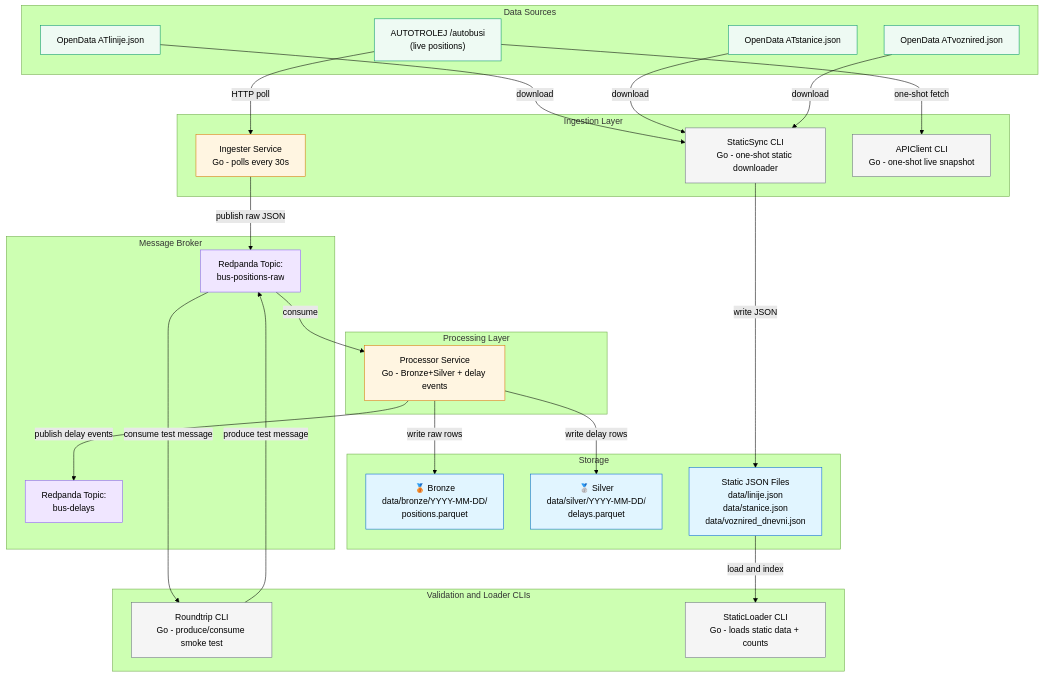
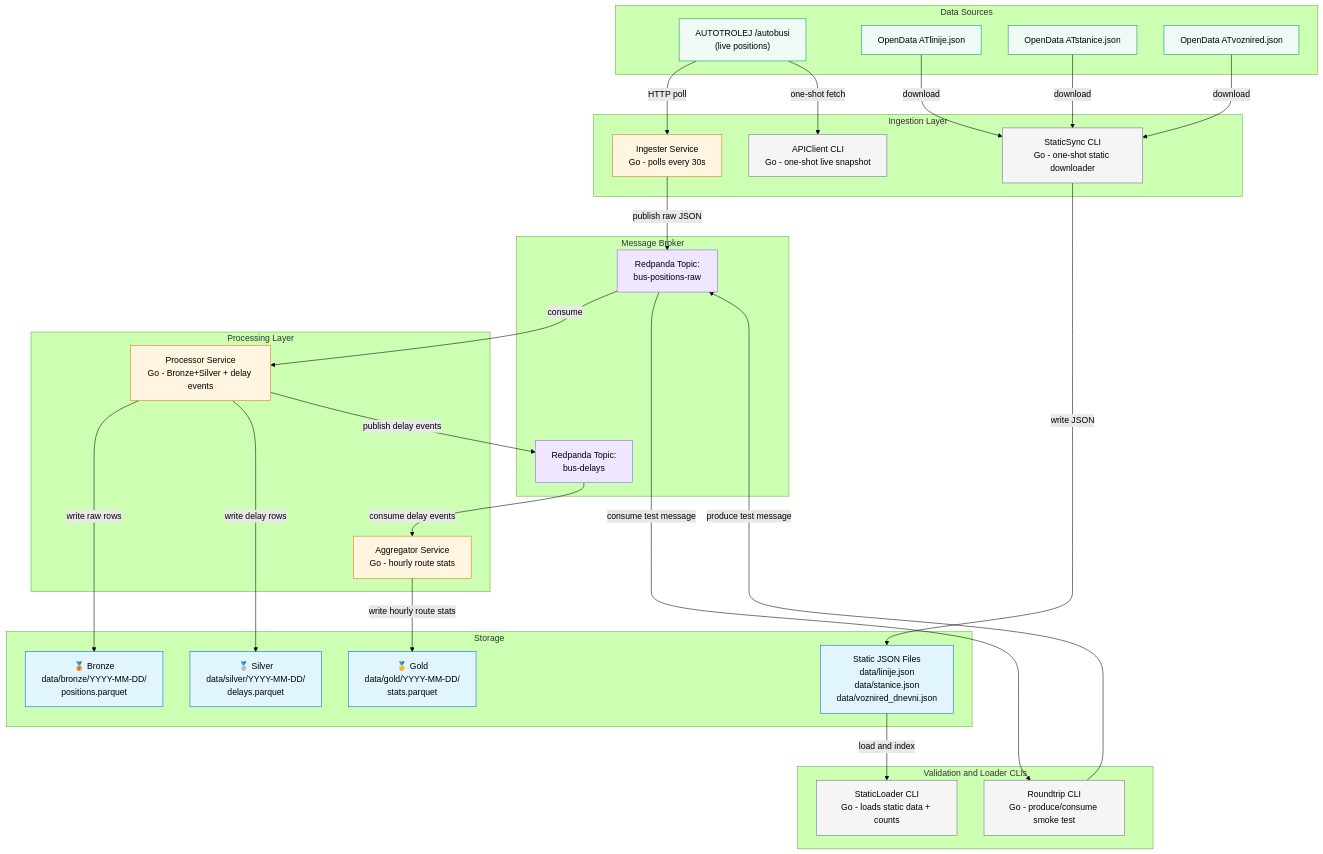
The diagram in docs/current_architecture_diagram.mmd (EdiProdan/arRIval), drawn with Mermaid (forest theme) before and after one commit. The commit also changed 1 other file, not shown here.

```diff
--- a/docs/current_architecture_diagram.mmd
+++ b/docs/current_architecture_diagram.mmd
@@ -1,66 +1,70 @@
 graph TB
     subgraph "Data Sources"
         API1["AUTOTROLEJ /autobusi<br/>(live positions)"]
         ODS1["OpenData ATlinije.json"]
         ODS2["OpenData ATstanice.json"]
         ODS3["OpenData ATvoznired.json"]
     end
 
     subgraph "Ingestion Layer"
         Ingester[Ingester Service<br/>Go - polls every 30s]
         StaticSync[StaticSync CLI<br/>Go - one-shot static downloader]
         APIClient[APIClient CLI<br/>Go - one-shot live snapshot]
     end
 
     subgraph "Message Broker"
         T1["Redpanda Topic:<br/>bus-positions-raw"]
         T2["Redpanda Topic:<br/>bus-delays"]
     end
 
     subgraph "Processing Layer"
         Processor[Processor Service<br/>Go - Bronze+Silver + delay events]
+        Aggregator[Aggregator Service<br/>Go - hourly route stats]
     end
 
     subgraph "Storage"
         Bronze["🥉 Bronze<br/>data/bronze/YYYY-MM-DD/<br/>positions.parquet"]
         Silver["🥈 Silver<br/>data/silver/YYYY-MM-DD/<br/>delays.parquet"]
+        Gold["🥇 Gold<br/>data/gold/YYYY-MM-DD/<br/>stats.parquet"]
         StaticFiles["Static JSON Files<br/>data/linije.json<br/>data/stanice.json<br/>data/voznired_dnevni.json"]
     end
 
     subgraph "Validation and Loader CLIs"
         Roundtrip[Roundtrip CLI<br/>Go - produce/consume smoke test]
         StaticLoader[StaticLoader CLI<br/>Go - loads static data + counts]
     end
 
     %% Data flow
     API1 -->|HTTP poll| Ingester
     API1 -->|one-shot fetch| APIClient
 
     ODS1 -->|download| StaticSync
     ODS2 -->|download| StaticSync
     ODS3 -->|download| StaticSync
 
     StaticSync -->|write JSON| StaticFiles
     StaticFiles -->|load and index| StaticLoader
 
     Ingester -->|publish raw JSON| T1
     T1 -->|consume| Processor
     Processor -->|write raw rows| Bronze
     Processor -->|write delay rows| Silver
     Processor -->|publish delay events| T2
+    T2 -->|consume delay events| Aggregator
+    Aggregator -->|write hourly route stats| Gold
 
     Roundtrip -->|produce test message| T1
     T1 -->|consume test message| Roundtrip
 
     %% Styling
     classDef storage fill:#e1f5ff,stroke:#0366d6
     classDef service fill:#fff5e1,stroke:#d97706
     classDef broker fill:#f0e6ff,stroke:#8b5cf6
     classDef utility fill:#f5f5f5,stroke:#6b7280
     classDef source fill:#eefaf3,stroke:#059669
 
-    class Bronze,Silver,StaticFiles storage
-    class Ingester,Processor service
+    class Bronze,Silver,Gold,StaticFiles storage
+    class Ingester,Processor,Aggregator service
     class T1,T2 broker
     class StaticSync,APIClient,Roundtrip,StaticLoader utility
     class API1,ODS1,ODS2,ODS3 source
```
